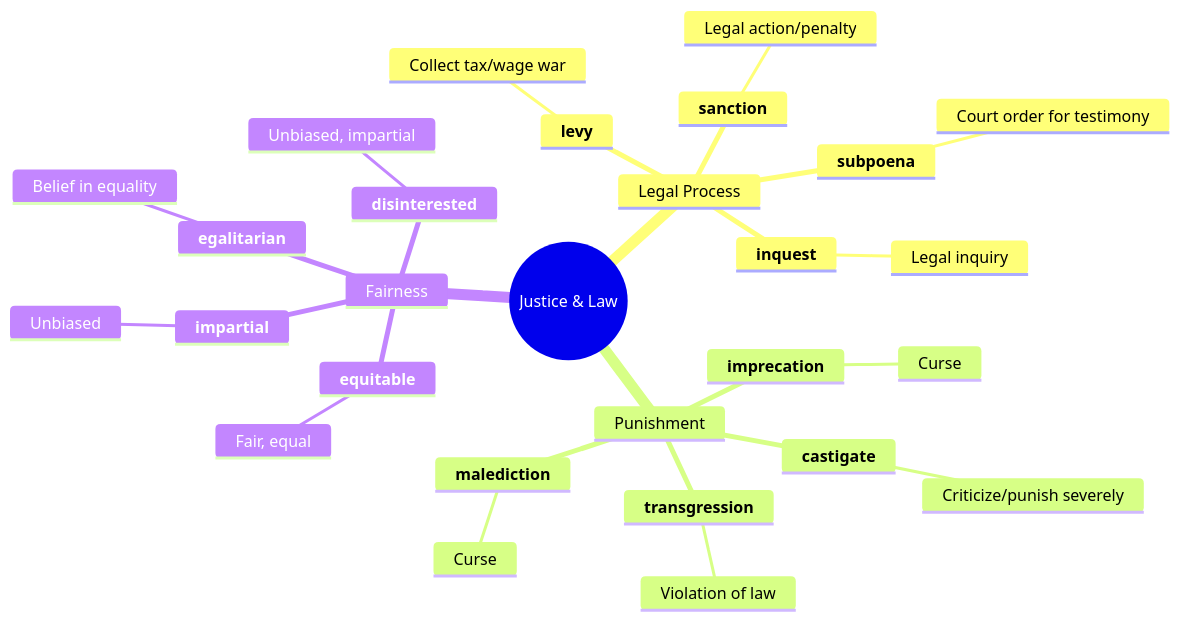
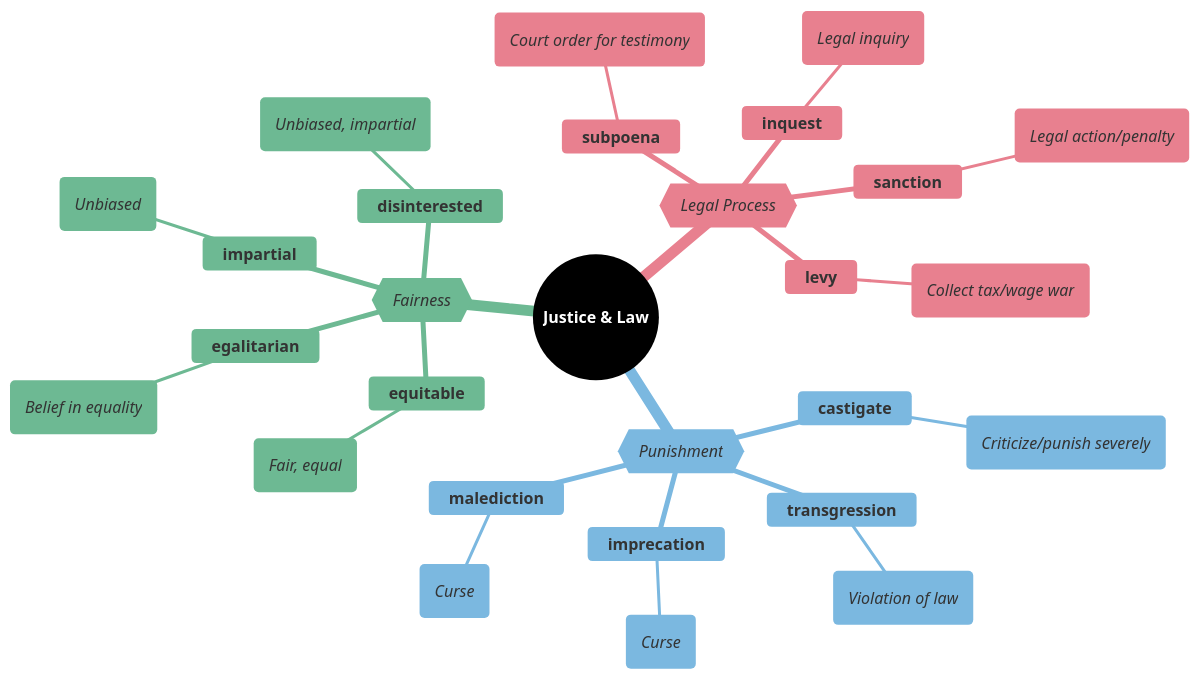
One commit to 95anantsingh/gre-preparation changed the fifth of 7 diagrams in mindmaps/09-power-and-authority.md. Above: the diagram before and after it, drawn with Mermaid. The commit also changed other lines of this file and 14 other files, not shown here.

````diff
--- a/mindmaps/09-power-and-authority.md
+++ b/mindmaps/09-power-and-authority.md
@@ -212,31 +338,50 @@
 ```mermaid
+%%{
+  init: {
+    "theme": "base",
+    "themeVariables": {
+      "primaryColor": "#000000",
+      "cScale1": "#e8808f",  "cScaleInv1": "#a33445",
+      "cScale2": "#7bb8e0",  "cScaleInv2": "#266a93",
+      "cScale3": "#6db993",  "cScaleInv3": "#23543f",
+      "cScale4": "#f5d07a",  "cScaleInv4": "#c4903b",
+      "cScale5": "#b08fcc",  "cScaleInv5": "#5d3b75",
+      "cScale6": "#74dace",  "cScaleInv6": "#217d72",
+      "cScale7": "#f09570",  "cScaleInv7": "#b84112",
+      "cScale8": "#8ea8c2",  "cScaleInv8": "#32465e",
+      "cScale9": "#cc7fba",  "cScaleInv9": "#7d2868",
+      "cScale10": "#c99a78", "cScaleInv10": "#7c4e32",
+      "cScale11": "#a3a3a3", "cScaleInv11": "#3d3d3d"
+    }
+  }
+}%%
 mindmap
-  root((Justice & Law))
-    Legal Process
+  root((<font color=white>**Justice & Law**</font>))
+    {{_Legal Process_}}
       **subpoena**
-        Court order for testimony
+        (_Court order for testimony_)
       **inquest**
-        Legal inquiry
+        (_Legal inquiry_)
       **sanction**
-        Legal action/penalty
+        (_Legal action/penalty_)
       **levy**
-        Collect tax/wage war
-    Punishment
+        (_Collect tax/wage war_)
+    {{_Punishment_}}
       **castigate**
-        Criticize/punish severely
+        (_Criticize/punish severely_)
       **transgression**
-        Violation of law
+        (_Violation of law_)
       **imprecation**
-        Curse
+        (_Curse_)
       **malediction**
-        Curse
-    Fairness
+        (_Curse_)
+    {{_Fairness_}}
       **equitable**
-        Fair, equal
+        (_Fair, equal_)
       **egalitarian**
-        Belief in equality
+        (_Belief in equality_)
       **impartial**
-        Unbiased
+        (_Unbiased_)
       **disinterested**
-        Unbiased, impartial
+        (_Unbiased, impartial_)
 ```
````
